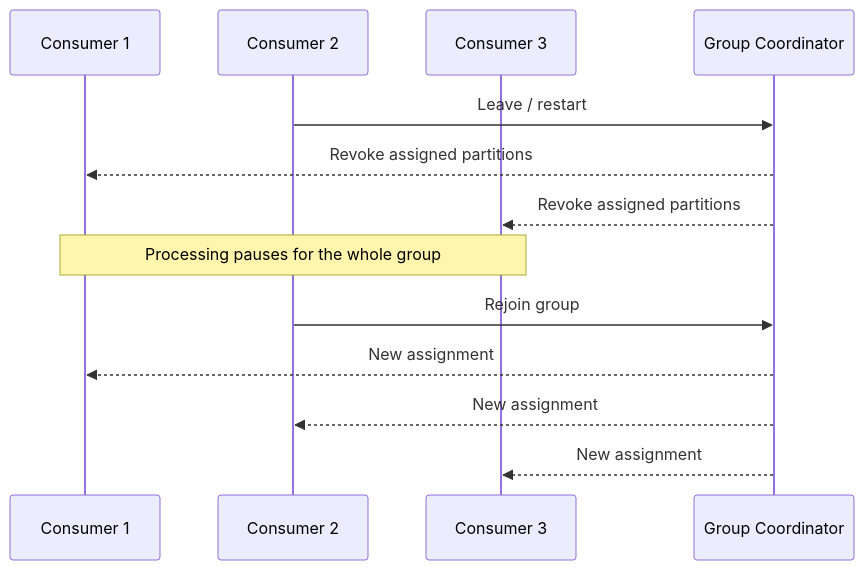
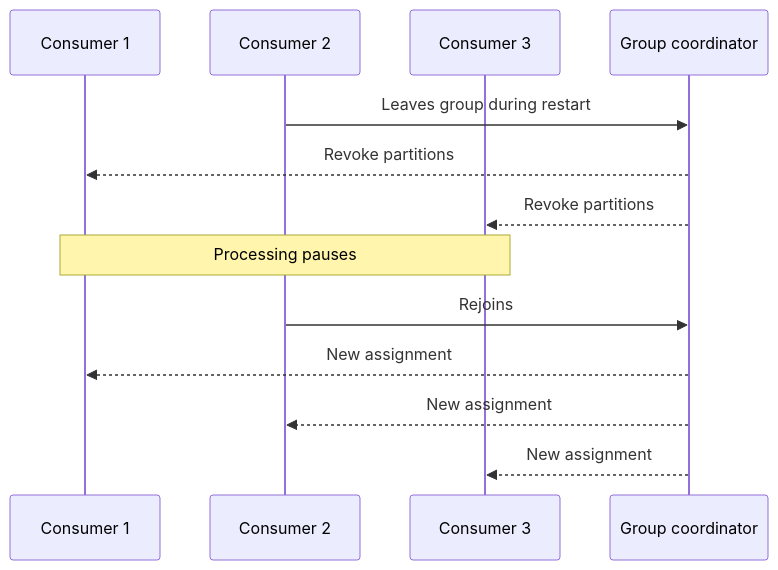
One commit to sandeepbhardwaj/sandeepbhardwaj.github.io changed the diagram in _posts/2026-06-04-kafka-consumer-rebalance-zero-downtime-part-1.md. Above: the diagram before and after it, drawn with Mermaid. The commit also changed other lines of this file and 113 other files, not shown here.

````diff
--- a/_posts/2026-06-04-kafka-consumer-rebalance-zero-downtime-part-1.md
+++ b/_posts/2026-06-04-kafka-consumer-rebalance-zero-downtime-part-1.md
@@ -53,16 +34,16 @@
 ```mermaid
 sequenceDiagram
     participant C1 as Consumer 1
     participant C2 as Consumer 2
     participant C3 as Consumer 3
-    participant G as Group Coordinator
+    participant G as Group coordinator
 
-    C2->>G: Leave / restart
-    G-->>C1: Revoke assigned partitions
-    G-->>C3: Revoke assigned partitions
-    Note over C1,C3: Processing pauses for the whole group
-    C2->>G: Rejoin group
+    C2->>G: Leaves group during restart
+    G-->>C1: Revoke partitions
+    G-->>C3: Revoke partitions
+    Note over C1,C3: Processing pauses
+    C2->>G: Rejoins
     G-->>C1: New assignment
     G-->>C2: New assignment
     G-->>C3: New assignment
 ```
````
